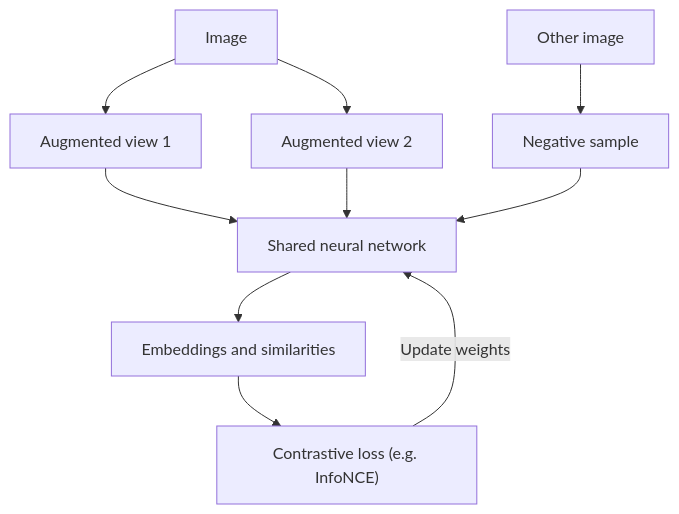
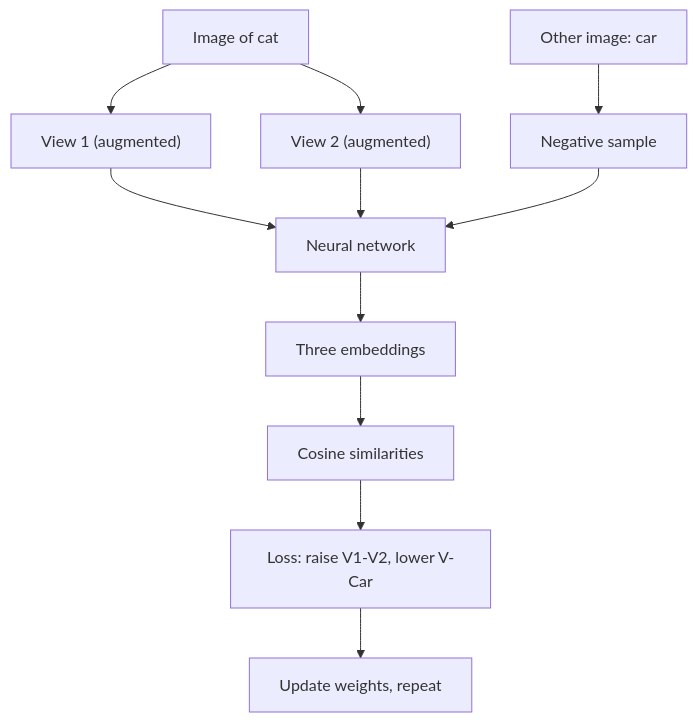
The first of 2 diagrams in notes/step-01-machine-learning-foundations/021-contrastive-learning.md (kaisarnajar/outcome-school-blogs), drawn with Mermaid before and after one commit. The commit also changed other lines of this file and 233 other files, not shown here.

````diff
--- a/notes/step-01-machine-learning-foundations/021-contrastive-learning.md
+++ b/notes/step-01-machine-learning-foundations/021-contrastive-learning.md
@@ -44,12 +62,13 @@
 ```mermaid
 flowchart TD
-    I["Image"] --> V1["Augmented view 1"]
-    I --> V2["Augmented view 2"]
-    O["Other image"] --> N["Negative sample"]
-    V1 --> E["Shared neural network"]
-    V2 --> E
-    N --> E
-    E --> S["Embeddings and similarities"]
-    S --> L["Contrastive loss (e.g. InfoNCE)"]
-    L -->|"Update weights"| E
+    I1["Image of cat"] --> V1["View 1 (augmented)"]
+    I1 --> V2["View 2 (augmented)"]
+    I2["Other image: car"] --> N1["Negative sample"]
+    V1 --> NN["Neural network"]
+    V2 --> NN
+    N1 --> NN
+    NN --> E["Three embeddings"]
+    E --> S["Cosine similarities"]
+    S --> L["Loss: raise V1-V2, lower V-Car"]
+    L --> U["Update weights, repeat"]
 ```
````
